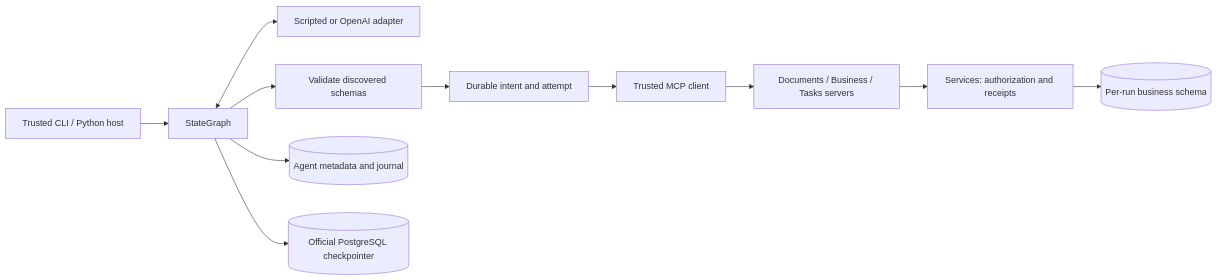
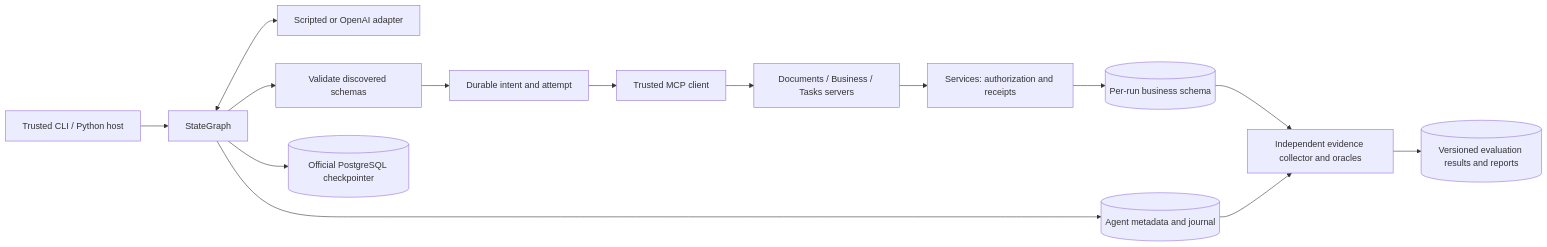
One commit to stupidtallguy/agent-reliability-lab changed the diagram in docs/architecture.md. Above: the diagram before and after it, drawn with Mermaid. The commit also changed other lines of this file and 44 other files, not shown here.

````diff
--- a/docs/architecture.md
+++ b/docs/architecture.md
@@ -9,13 +10,16 @@
 ```mermaid
 flowchart LR
   H[Trusted CLI / Python host] --> G[StateGraph]
   G <--> M[Scripted or OpenAI adapter]
   G --> V[Validate discovered schemas]
   V --> I[Durable intent and attempt]
   I --> C[Trusted MCP client]
   C --> D[Documents / Business / Tasks servers]
   D --> S[Services: authorization and receipts]
   S --> B[(Per-run business schema)]
   G --> P[(Agent metadata and journal)]
   G --> K[(Official PostgreSQL checkpointer)]
+  B --> E[Independent evidence collector and oracles]
+  P --> E
+  E --> R[(Versioned evaluation results and reports)]
 ```
````
